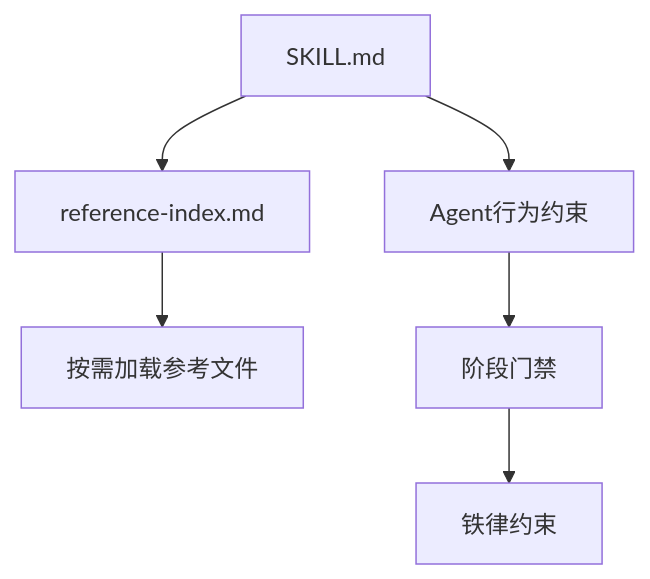
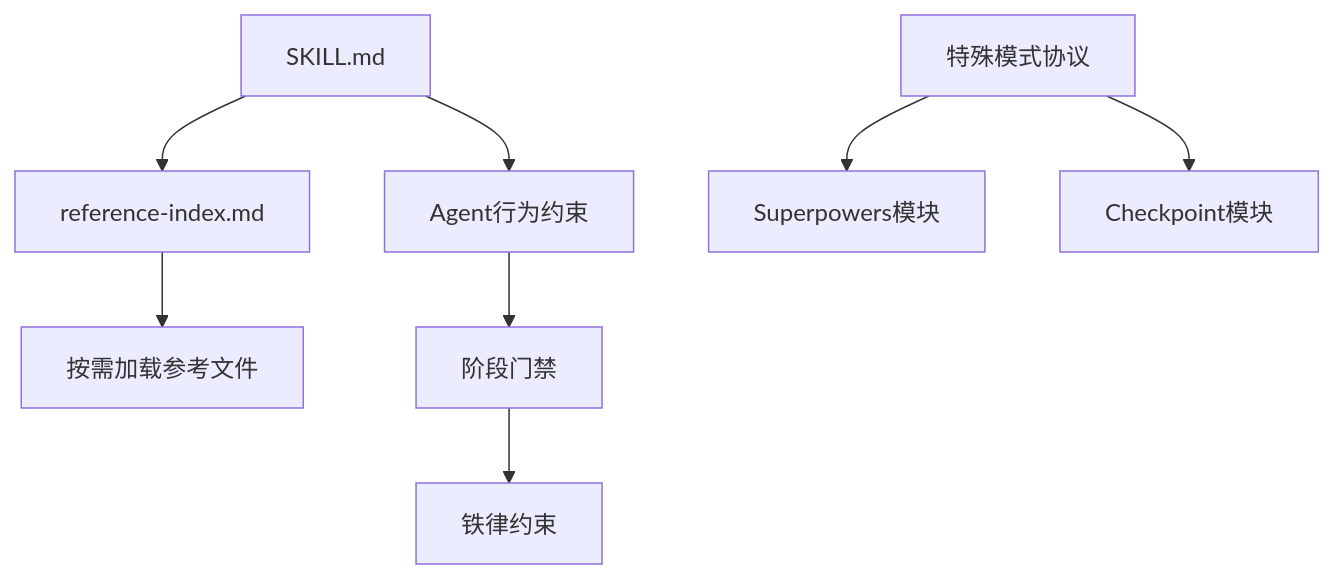
Before and after one commit to AngelWings1997/altas: the tenth of 10 diagrams in .qoder/repowiki/zh/content/项目概述/项目概述.md, drawn with Mermaid. The commit also changed other lines of this file and 3 other files, not shown here.

````diff
--- a/.qoder/repowiki/zh/content/项目概述/项目概述.md
+++ b/.qoder/repowiki/zh/content/项目概述/项目概述.md
@@ -287,8 +378,10 @@
 ```mermaid
 graph TB
 A["SKILL.md"] --> B["reference-index.md"]
 A --> C["Agent行为约束"]
 B --> D["按需加载参考文件"]
 C --> E["阶段门禁"]
 E --> F["铁律约束"]
+G["特殊模式协议"] --> H["Superpowers模块"]
+G --> I["Checkpoint模块"]
 ```
````
